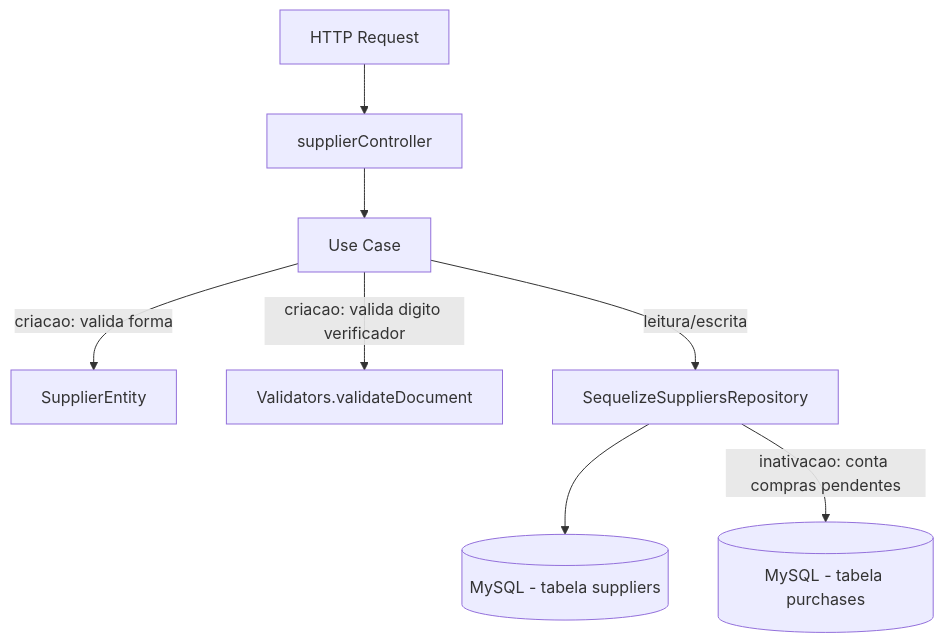
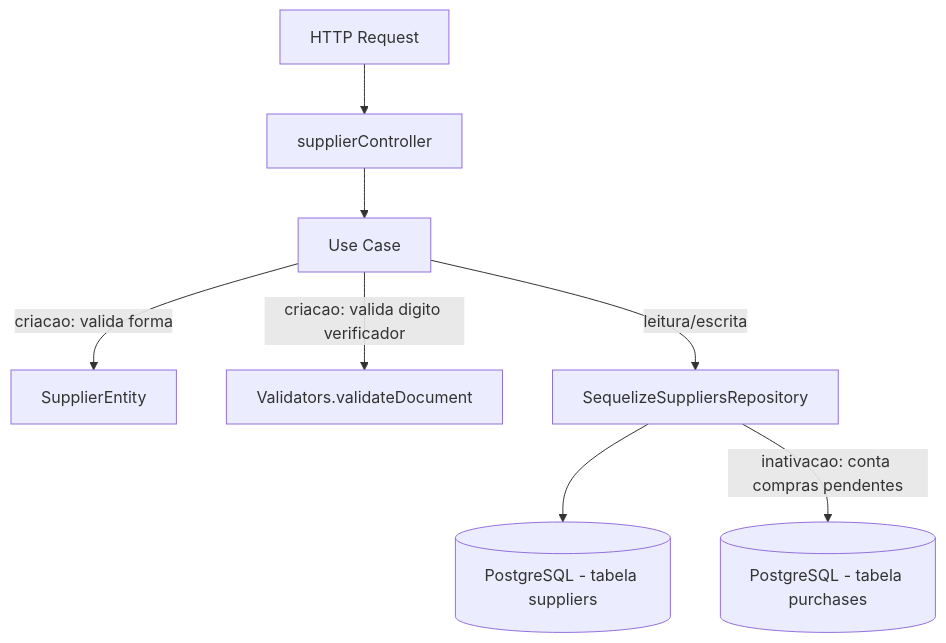
Before and after one commit to RomulosouzaEvok/ERP-EVOK-AUDIO-LTDA: the diagram in server/src/modules/suppliers/README.md, drawn with Mermaid. The commit also changed other lines of this file and 452 other files, not shown here.

Commit message:
chore: consolidate TypeScript backend and Blackbox roadmap

````diff
--- a/server/src/modules/suppliers/README.md
+++ b/server/src/modules/suppliers/README.md
@@ -156,10 +156,10 @@
 ```mermaid
 flowchart TD
   A[HTTP Request] --> B[supplierController]
   B --> C[Use Case]
   C -->|criacao: valida forma| D[SupplierEntity]
   C -->|criacao: valida digito verificador| E[Validators.validateDocument]
   C -->|leitura/escrita| F[SequelizeSuppliersRepository]
-  F --> G[(MySQL - tabela suppliers)]
-  F -->|inativacao: conta compras pendentes| H[(MySQL - tabela purchases)]
+  F --> G[(PostgreSQL - tabela suppliers)]
+  F -->|inativacao: conta compras pendentes| H[(PostgreSQL - tabela purchases)]
 ```
````
